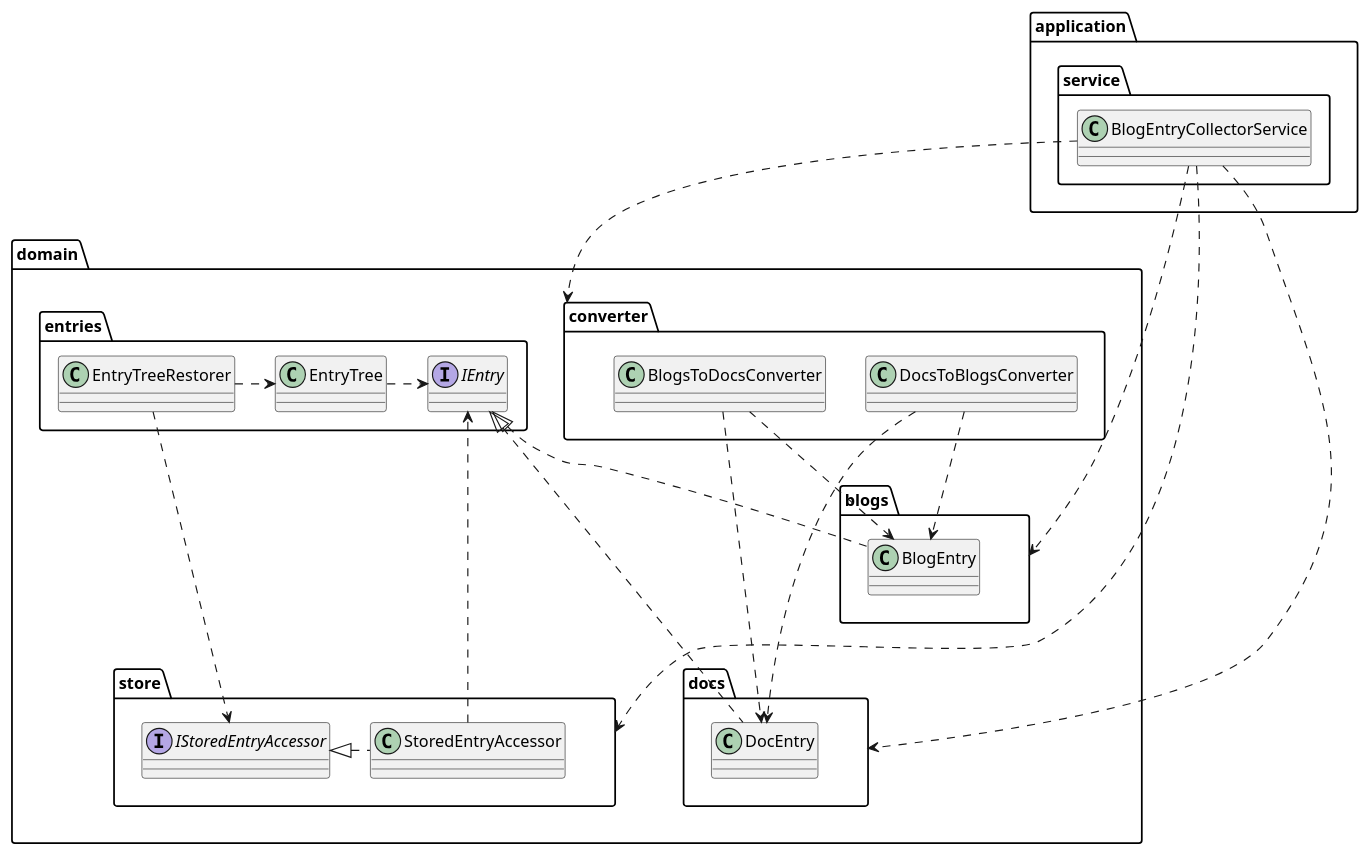
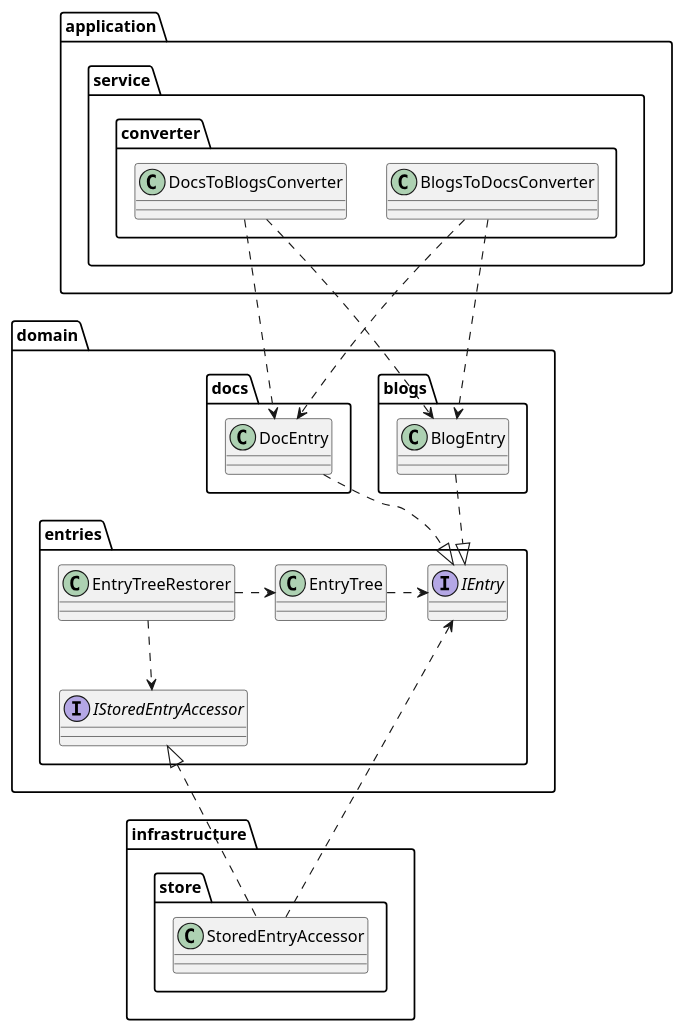
Before and after one commit to Symthy/obs-docs-blog-entries-manager: the diagram in packageDiagram.puml, drawn with PlantUML. The commit also changed 40 other files, not shown here.

```diff
--- a/packageDiagram.puml
+++ b/packageDiagram.puml
@@ -1,49 +1,54 @@
 @startuml
 'https://plantuml.com/class-diagram
 
 
 package application {
     package service {
-        class BlogEntryCollectorService
+'        class BlogEntryCollectorService
+
+        package converter {
+            class BlogsToDocsConverter
+            class DocsToBlogsConverter
+        }
     }
 }
 
-application.service.BlogEntryCollectorService ..> domain.converter
-application.service.BlogEntryCollectorService ...> domain.store
-application.service.BlogEntryCollectorService ...> domain.blogs
-application.service.BlogEntryCollectorService ...> domain.docs
+application.service.converter.BlogsToDocsConverter ..> domain.blogs.BlogEntry
+application.service.converter.BlogsToDocsConverter ..> domain.docs.DocEntry
+application.service.converter.DocsToBlogsConverter ..> domain.blogs.BlogEntry
+application.service.converter.DocsToBlogsConverter ..> domain.docs.DocEntry
+
+'application.service.BlogEntryCollectorService ..> domain.converter
+'application.service.BlogEntryCollectorService ...> domain.store
+'application.service.BlogEntryCollectorService ...> domain.blogs
+'application.service.BlogEntryCollectorService ...> domain.docs
 
 package domain {
     package blogs {
         class BlogEntry
     }
     package docs {
         class DocEntry
     }
-    package converter {
-        class BlogsToDocsConverter
-        class DocsToBlogsConverter
-    }
-    package store {
-        class StoredEntryAccessor
-        interface IStoredEntryAccessor
-        IStoredEntryAccessor <|. StoredEntryAccessor
-    }
     package entries {
         interface IEntry
         class EntryTree
+        interface IStoredEntryAccessor
         EntryTreeRestorer .> EntryTree
         EntryTree .> IEntry
     }
-    entries.IEntry <|.. blogs.BlogEntry
-    entries.IEntry <|... docs.DocEntry
-    entries.EntryTreeRestorer ...> store.IStoredEntryAccessor
+    blogs.BlogEntry ..|> entries.IEntry
+    docs.DocEntry ..|> entries.IEntry
+}
 
-    converter.BlogsToDocsConverter ..> blogs.BlogEntry
-    converter.BlogsToDocsConverter ...> docs.DocEntry
-    converter.DocsToBlogsConverter ..> blogs.BlogEntry
-    converter.DocsToBlogsConverter ...> docs.DocEntry
-    store.StoredEntryAccessor ..> entries.IEntry
+domain.entries.EntryTreeRestorer ..> domain.entries.IStoredEntryAccessor
+domain.entries.IEntry <.. infrastructure.store.StoredEntryAccessor
+domain.entries.IStoredEntryAccessor <|.. infrastructure.store.StoredEntryAccessor
+
+package infrastructure {
+    package store {
+        class StoredEntryAccessor
+    }
 }
 
 @enduml
```
